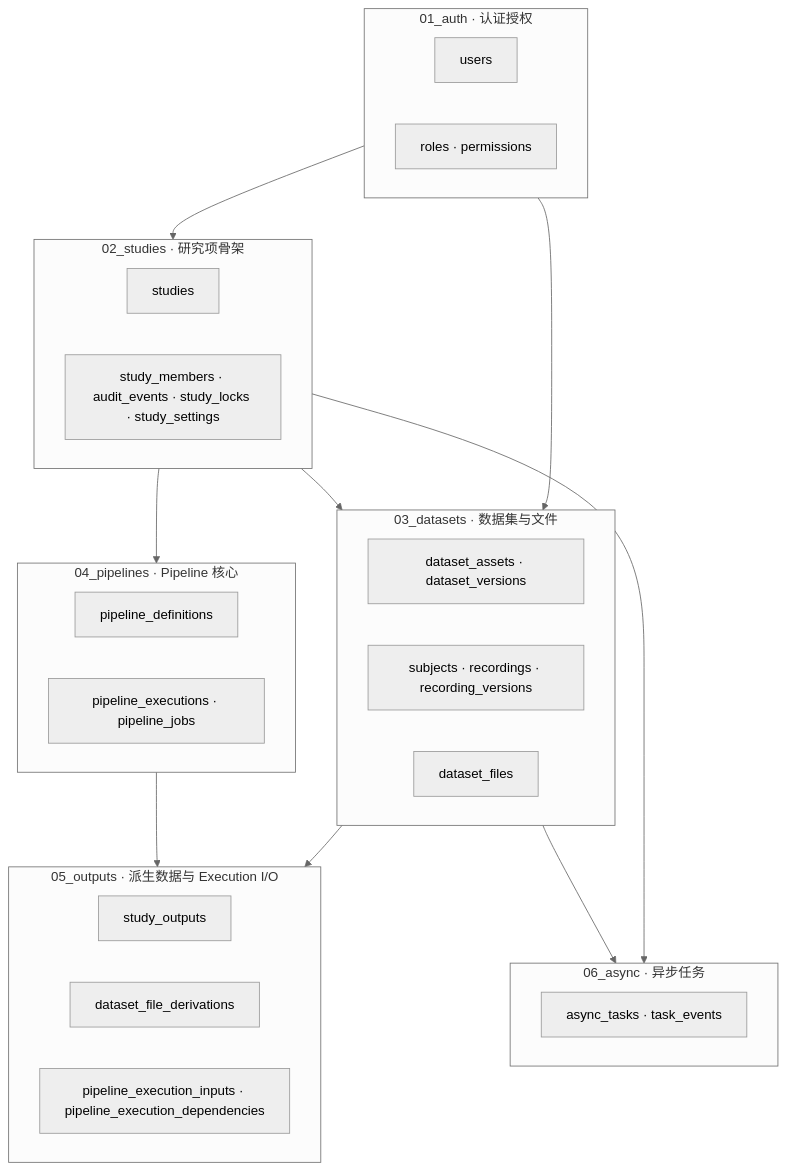
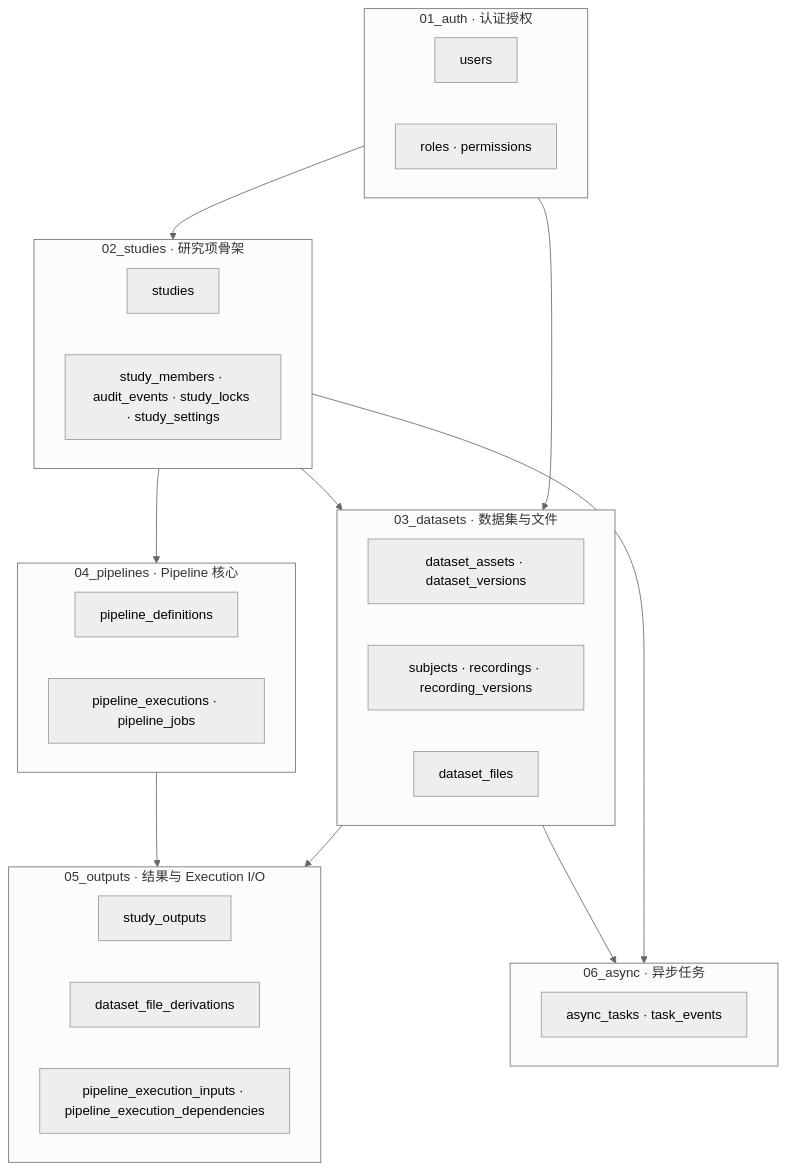
One commit to NoraJinxy/Niantong_GH_version changed the diagram in wiki/docs/3-05-数据库模块与功能关联.md. Above: the diagram before and after it, drawn with Mermaid (neutral theme). The commit also changed other lines of this file and 21 other files, not shown here.

````diff
--- a/wiki/docs/3-05-数据库模块与功能关联.md
+++ b/wiki/docs/3-05-数据库模块与功能关联.md
@@ -22,42 +22,42 @@
 ```mermaid
 flowchart TB
   subgraph M1["01_auth · 认证授权"]
     users["users"]
     roles["roles · permissions"]
   end
 
   subgraph M2["02_studies · 研究项骨架"]
     studies["studies"]
     members["study_members · audit_events · study_locks · study_settings"]
   end
 
   subgraph M3["03_datasets · 数据集与文件"]
     assets["dataset_assets · dataset_versions"]
     recordings["subjects · recordings · recording_versions"]
     files["dataset_files"]
   end
 
   subgraph M4["04_pipelines · Pipeline 核心"]
     defs["pipeline_definitions"]
     runs["pipeline_executions · pipeline_jobs"]
   end
 
-  subgraph M5["05_outputs · 派生数据与 Execution I/O"]
+  subgraph M5["05_outputs · 结果与 Execution I/O"]
     derived["study_outputs"]
     derivations["dataset_file_derivations"]
     io["pipeline_execution_inputs · pipeline_execution_dependencies"]
   end
 
   subgraph M6["06_async · 异步任务"]
     tasks["async_tasks · task_events"]
   end
 
   M1 --> M2
   M1 --> M3
   M2 --> M3
   M2 --> M4
   M2 --> M6
   M3 --> M5
   M4 --> M5
   M3 --> M6
 ```
````
